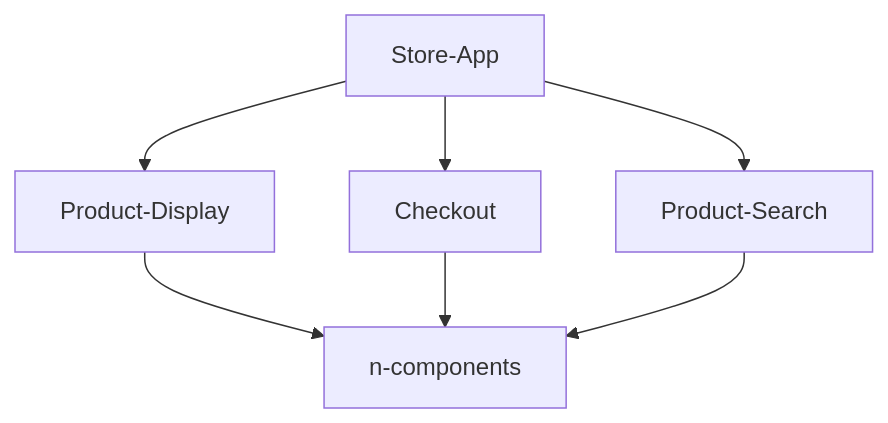
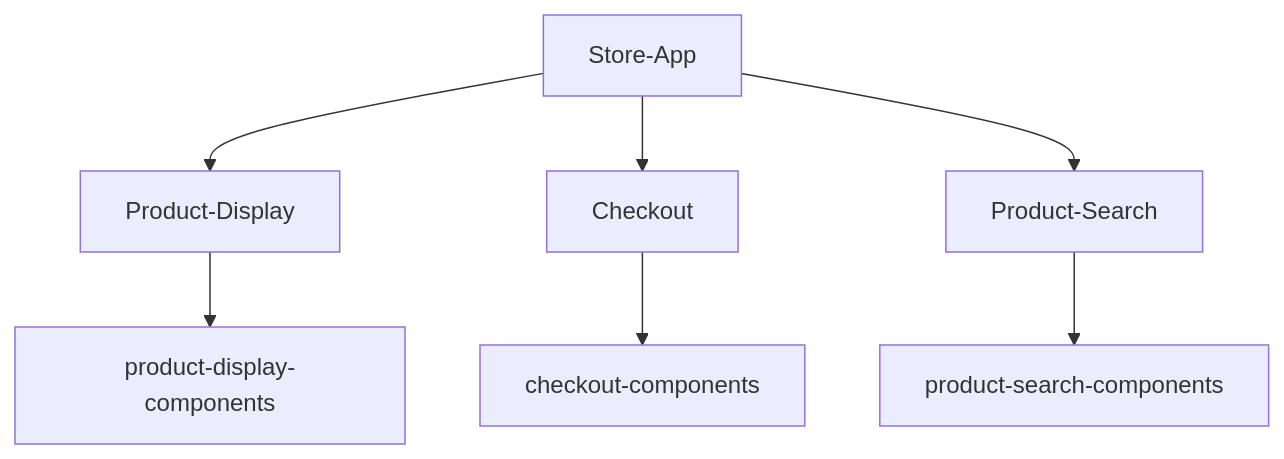
One commit to jakehova/knowledgedump changed the second of 2 diagrams in tech/architecture/micro-front-end/micro-front-end.md. Above: the diagram before and after it, drawn with Mermaid. The commit also changed other lines of this file, not shown here.

````diff
--- a/tech/architecture/micro-front-end/micro-front-end.md
+++ b/tech/architecture/micro-front-end/micro-front-end.md
@@ -12,9 +12,9 @@
 ```mermaid
     graph TD;
         Store-App-->Product-Display;
-        Product-Display-->n-components;
+        Product-Display-->product-display-components;
         Store-App-->Checkout;
-        Checkout-->n-components;
+        Checkout-->checkout-components;
         Store-App-->Product-Search;
-        Product-Search-->n-components;
+        Product-Search-->product-search-components;
 ```
````
